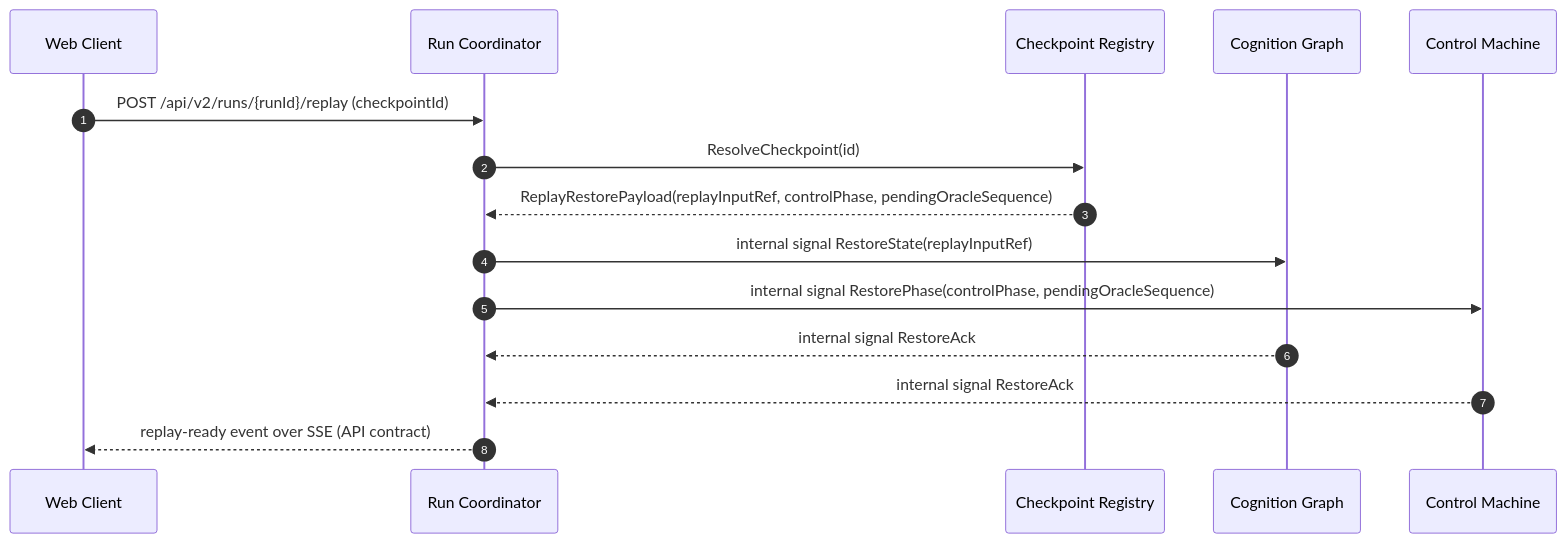
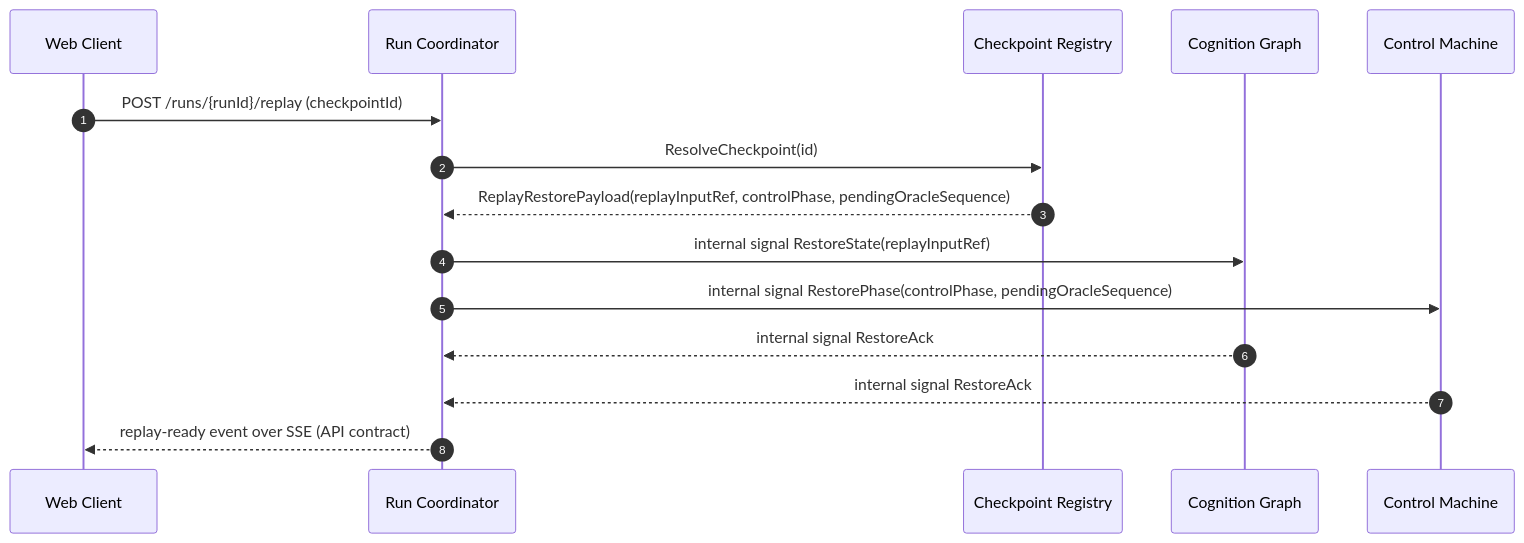
One commit to betsalel-williamson/adventure changed the fifth of 6 diagrams in docs/architecture/adventure-v2/process-view.md. Above: the diagram before and after it, drawn with Mermaid. The commit also changed other lines of this file and 4 other files, not shown here.

````diff
--- a/docs/architecture/adventure-v2/process-view.md
+++ b/docs/architecture/adventure-v2/process-view.md
@@ -173,18 +173,18 @@
 ```mermaid
 sequenceDiagram
   autonumber
   participant Web as Web Client
   participant Coord as Run Coordinator
   participant Ck as Checkpoint Registry
   participant Cog as Cognition Graph
   participant Ctrl as Control Machine
 
-  Web->>Coord: POST /api/v2/runs/{runId}/replay (checkpointId)
+  Web->>Coord: POST /runs/{runId}/replay (checkpointId)
   Coord->>Ck: ResolveCheckpoint(id)
   Ck-->>Coord: ReplayRestorePayload(replayInputRef, controlPhase, pendingOracleSequence)
   Coord->>Cog: internal signal RestoreState(replayInputRef)
   Coord->>Ctrl: internal signal RestorePhase(controlPhase, pendingOracleSequence)
   Cog-->>Coord: internal signal RestoreAck
   Ctrl-->>Coord: internal signal RestoreAck
   Coord-->>Web: replay-ready event over SSE (API contract)
 ```
````
